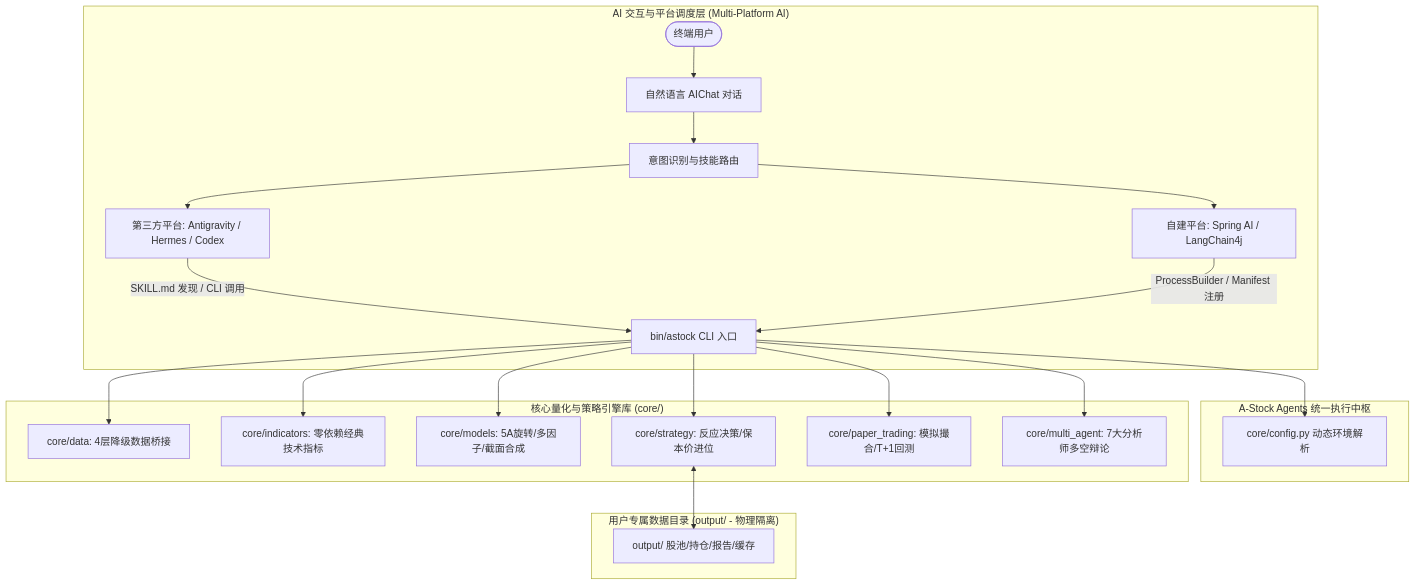
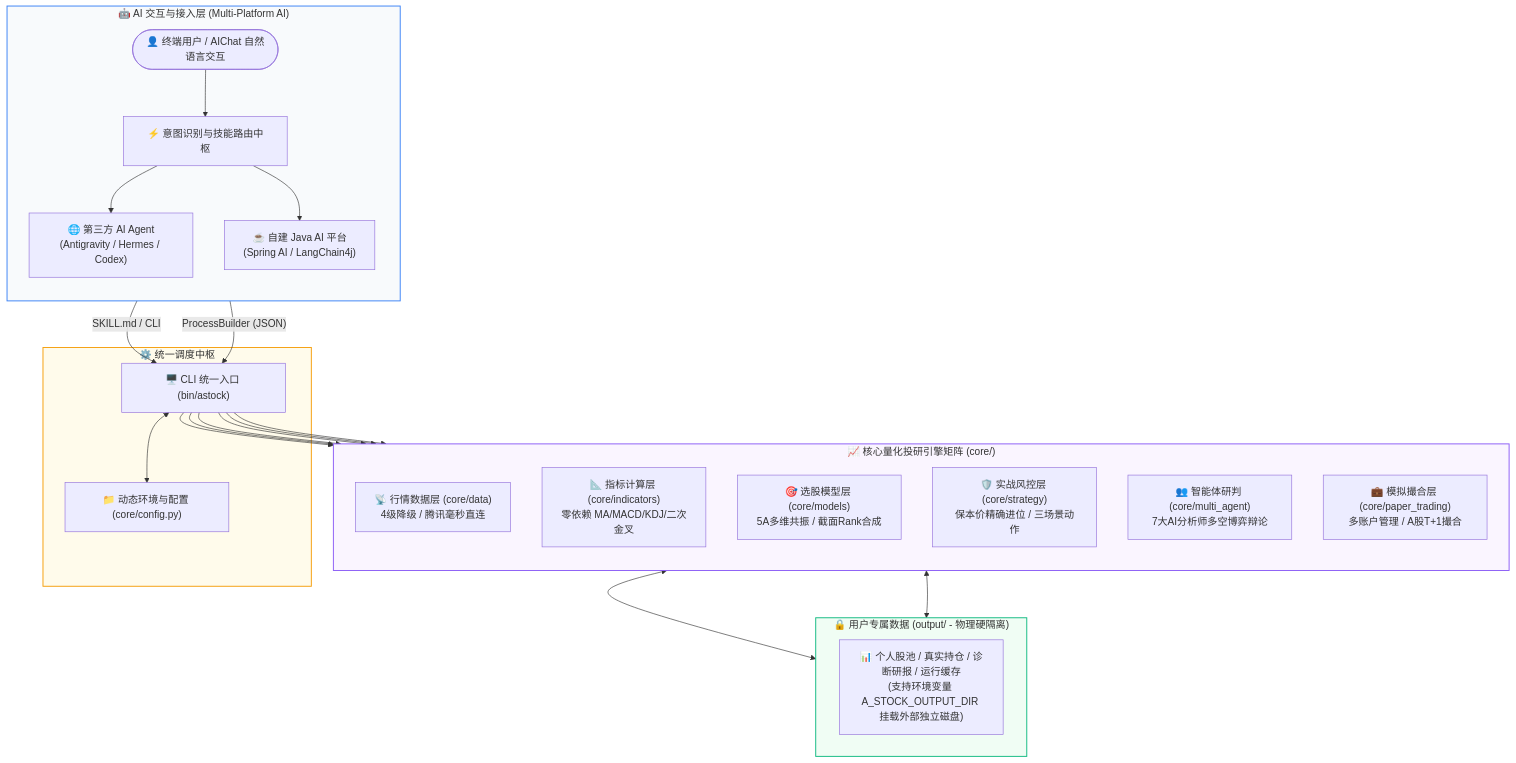
The diagram in README.md (cvdnn/a_stock_agents), drawn with Mermaid before and after one commit.

Commit message:
docs: optimize Mermaid architecture diagram with compact 2-column layout

````diff
--- a/README.md
+++ b/README.md
@@ -28,38 +28,42 @@
 ```mermaid
-graph TD
-    subgraph "AI 交互与平台调度层 (Multi-Platform AI)"
-        User([终端用户]) --> AIChat[自然语言 AIChat 对话]
-        AIChat --> AgentRouter[意图识别与技能路由]
+flowchart TB
+    subgraph UI ["🤖 AI 交互与接入层 (Multi-Platform AI)"]
+        direction TB
+        User(["👤 终端用户 / AIChat 自然语言交互"])
+        User --> Router["⚡ 意图识别与技能路由中枢"]
         
-        AgentRouter --> ThirdParty[第三方平台: Antigravity / Hermes / Codex]
-        AgentRouter --> CustomJava[自建平台: Spring AI / LangChain4j]
-        
-        ThirdParty -- "SKILL.md 发现 / CLI 调用" --> CLI[bin/astock CLI 入口]
-        CustomJava -- "ProcessBuilder / Manifest 注册" --> CLI
+        Router --> P1["🌐 第三方 AI Agent<br/>(Antigravity / Hermes / Codex)"]
+        Router --> P2["☕ 自建 Java AI 平台<br/>(Spring AI / LangChain4j)"]
     end
 
-    subgraph "A-Stock Agents 统一执行中枢"
-        CLI --> Config[core/config.py 动态环境解析]
+    subgraph Hub ["⚙️ 统一调度中枢"]
+        P1 -- "SKILL.md / CLI" --> CLI["🖥️ CLI 统一入口 (bin/astock)"]
+        P2 -- "ProcessBuilder (JSON)" --> CLI
+        CLI <--> Config["📁 动态环境与配置 (core/config.py)"]
     end
 
-    subgraph "核心量化与策略引擎库 (core/)"
-        DataBridge[core/data: 4层降级数据桥接]
-        Indicators[core/indicators: 零依赖经典技术指标]
-        Models[core/models: 5A旋转/多因子/截面合成]
-        Strategy[core/strategy: 反应决策/保本价进位]
-        PaperTrading[core/paper_trading: 模拟撮合/T+1回测]
-        MultiAgent[core/multi_agent: 7大分析师多空辩论]
+    subgraph Engines ["📈 核心量化投研引擎矩阵 (core/)"]
+        direction TB
+        E1["📡 行情数据层 (core/data)<br/>4级降级 / 腾讯毫秒直连"]
+        E2["📐 指标计算层 (core/indicators)<br/>零依赖 MA/MACD/KDJ/二次金叉"]
+        E3["🎯 选股模型层 (core/models)<br/>5A多维共振 / 截面Rank合成"]
+        E4["🛡️ 实战风控层 (core/strategy)<br/>保本价精确进位 / 三场景动作"]
+        E5["👥 智能体研判 (core/multi_agent)<br/>7大AI分析师多空博弈辩论"]
+        E6["💼 模拟撮合层 (core/paper_trading)<br/>多账户管理 / A股T+1撮合"]
     end
 
-    subgraph "用户专属数据目录 (output/ - 物理隔离)"
-        UserOutput[output/ 股池/持仓/报告/缓存]
+    subgraph Storage ["🔒 用户专属数据 (output/ - 物理硬隔离)"]
+        Output["📊 个人股池 / 真实持仓 / 诊断研报 / 运行缓存<br/>(支持环境变量 A_STOCK_OUTPUT_DIR 挂载外部独立磁盘)"]
     end
 
-    CLI --> DataBridge
-    CLI --> Indicators
-    CLI --> Models
-    CLI --> Strategy
-    CLI --> PaperTrading
-    CLI --> MultiAgent
-    Strategy <--> UserOutput
+    CLI --> E1 & E2
+    CLI --> E3 & E4
+    CLI --> E5 & E6
+    E4 <--> Storage
+    E6 <--> Storage
+
+    style UI fill:#f8fafc,stroke:#3b82f6,stroke-width:1.5px
+    style Hub fill:#fffbeb,stroke:#f59e0b,stroke-width:1.5px
+    style Engines fill:#faf5ff,stroke:#8b5cf6,stroke-width:1.5px
+    style Storage fill:#f0fdf4,stroke:#10b981,stroke-width:1.5px
 ```
````
